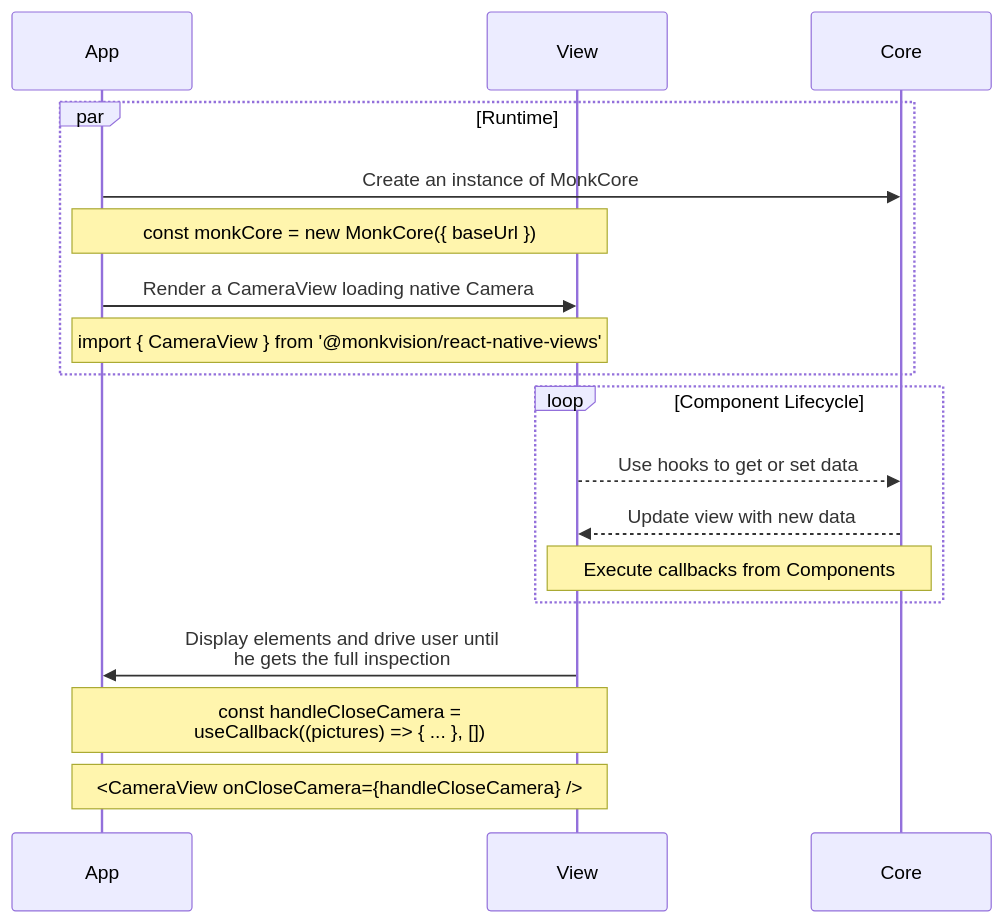
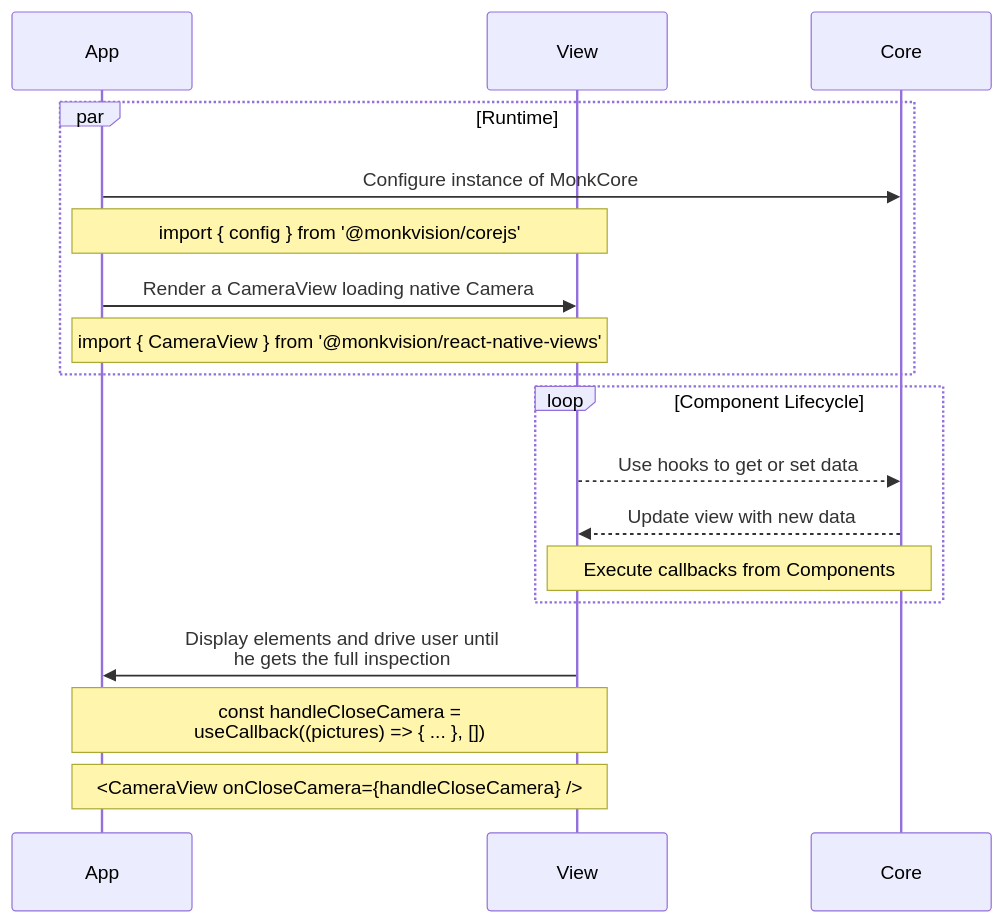
One commit to monkvision/monkjs changed the first of 2 diagrams in website/docs/intro.md. Above: the diagram before and after it, drawn with Mermaid. The commit also changed other lines of this file and 7 other files, not shown here.

````diff
--- a/website/docs/intro.md
+++ b/website/docs/intro.md
@@ -14,24 +14,24 @@
 ``` mermaid
 sequenceDiagram
 
 participant App
 participant View
 participant Core
 
 par Runtime
-App->>Core: Create an instance of MonkCore
-Note over App,View: const monkCore = new MonkCore({ baseUrl });
+App->>Core: Configure instance of MonkCore
+Note over App,View: import { config } from '@monkvision/corejs';
 App->>View: Render a CameraView loading native Camera
 Note over App,View: import { CameraView } from '@monkvision/react-native-views';
 end
 
 loop Component Lifecycle
 View-->>Core: Use hooks to get or set data
 Core-->>View: Update view with new data
 Note over Core,View: Execute callbacks from Components
 end
 
 View->>App: Display elements and drive user until<br>he gets the full inspection
 Note over View,App: const handleCloseCamera =<br>useCallback((pictures) => { ... }, []);
 Note over View,App: <CameraView onCloseCamera={handleCloseCamera} />
 ```
````
